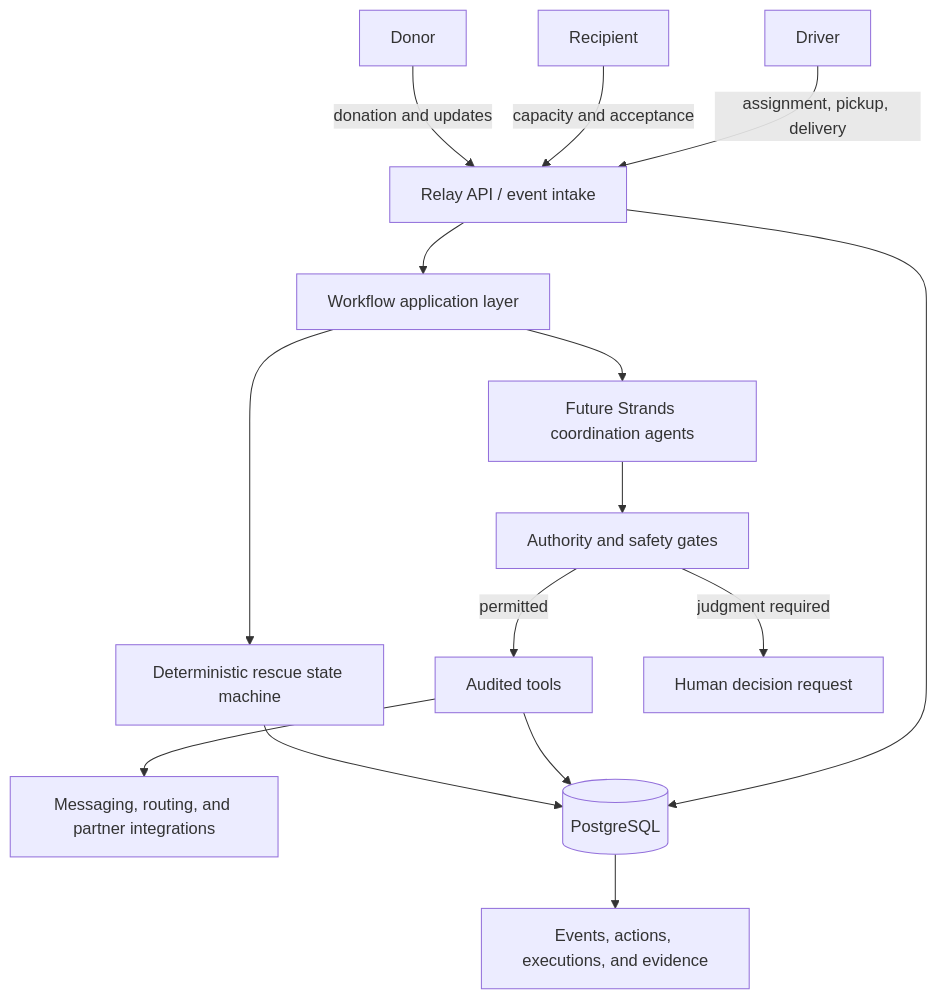
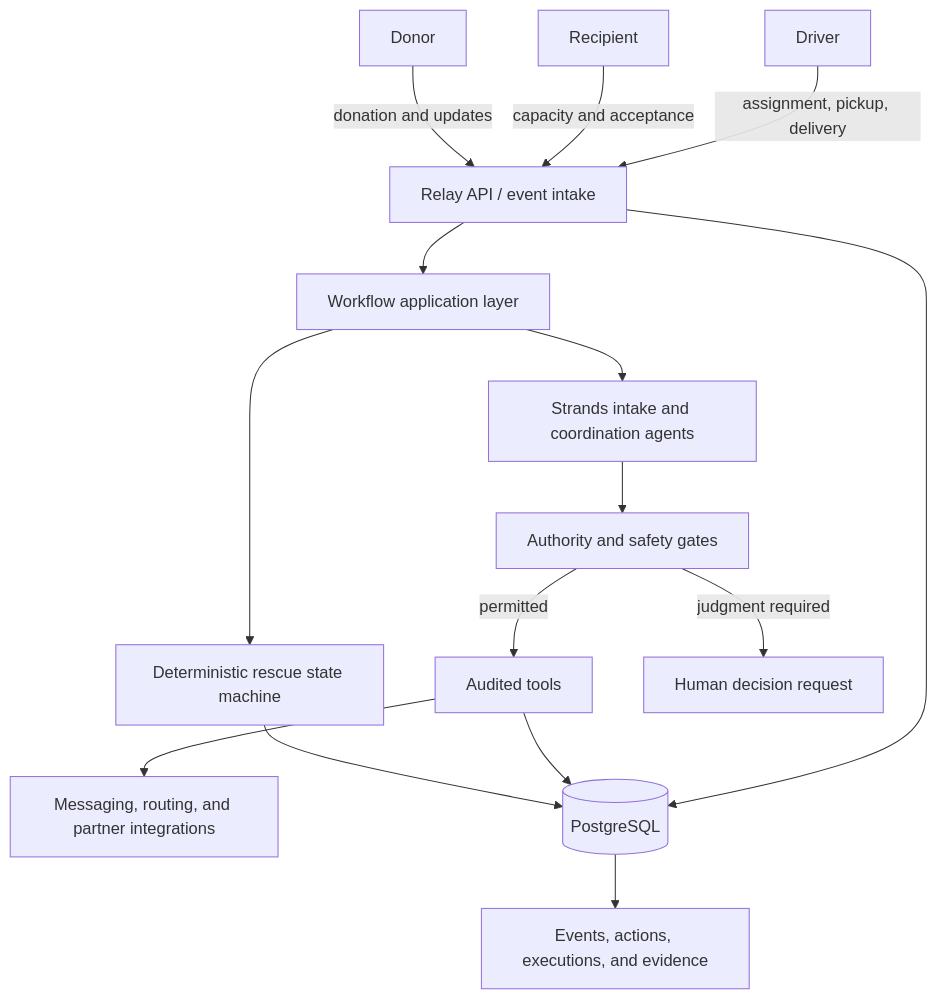
Before and after one commit to 0xnald/relay: the diagram in docs/architecture.md, drawn with Mermaid. The commit also changed other lines of this file and 2 other files, not shown here.

Commit message:
docs: document Relay Strands architecture

````diff
--- a/docs/architecture.md
+++ b/docs/architecture.md
@@ -18,17 +18,17 @@
 ```mermaid
 flowchart TB
     Donor[Donor] -->|donation and updates| Intake[Relay API / event intake]
     Recipient[Recipient] -->|capacity and acceptance| Intake
     Driver[Driver] -->|assignment, pickup, delivery| Intake
     Intake --> Workflow[Workflow application layer]
     Workflow --> State[Deterministic rescue state machine]
-    Workflow --> Agent[Future Strands coordination agents]
+    Workflow --> Agent[Strands intake and coordination agents]
     Agent --> Gate[Authority and safety gates]
     Gate -->|permitted| Tools[Audited tools]
     Gate -->|judgment required| Human[Human decision request]
     Tools --> Integrations[Messaging, routing, and partner integrations]
     State --> Store[(PostgreSQL)]
     Tools --> Store
     Intake --> Store
     Store --> Audit[Events, actions, executions, and evidence]
 ```
````
